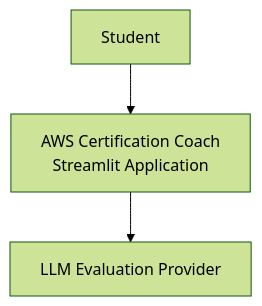
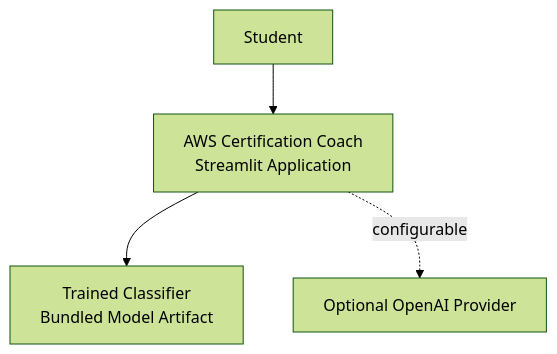
The fourth of 5 diagrams in ARCHITECTURE.md (DanielLevenstein/AWS-Certification-Coach), drawn with Mermaid (forest theme) before and after one commit. The commit also changed other lines of this file and 14 other files, not shown here.

````diff
--- a/ARCHITECTURE.md
+++ b/ARCHITECTURE.md
@@ -209,9 +213,11 @@
 ```mermaid
 flowchart TD
     User[Student]
     App[AWS Certification Coach<br/>Streamlit Application]
-    LLM[LLM Evaluation Provider]
+    Classifier[Trained Classifier<br/>Bundled Model Artifact]
+    OpenAI[Optional OpenAI Provider]
 
     User --> App
-    App --> LLM
+    App --> Classifier
+    App -. configurable .-> OpenAI
 ```
````
